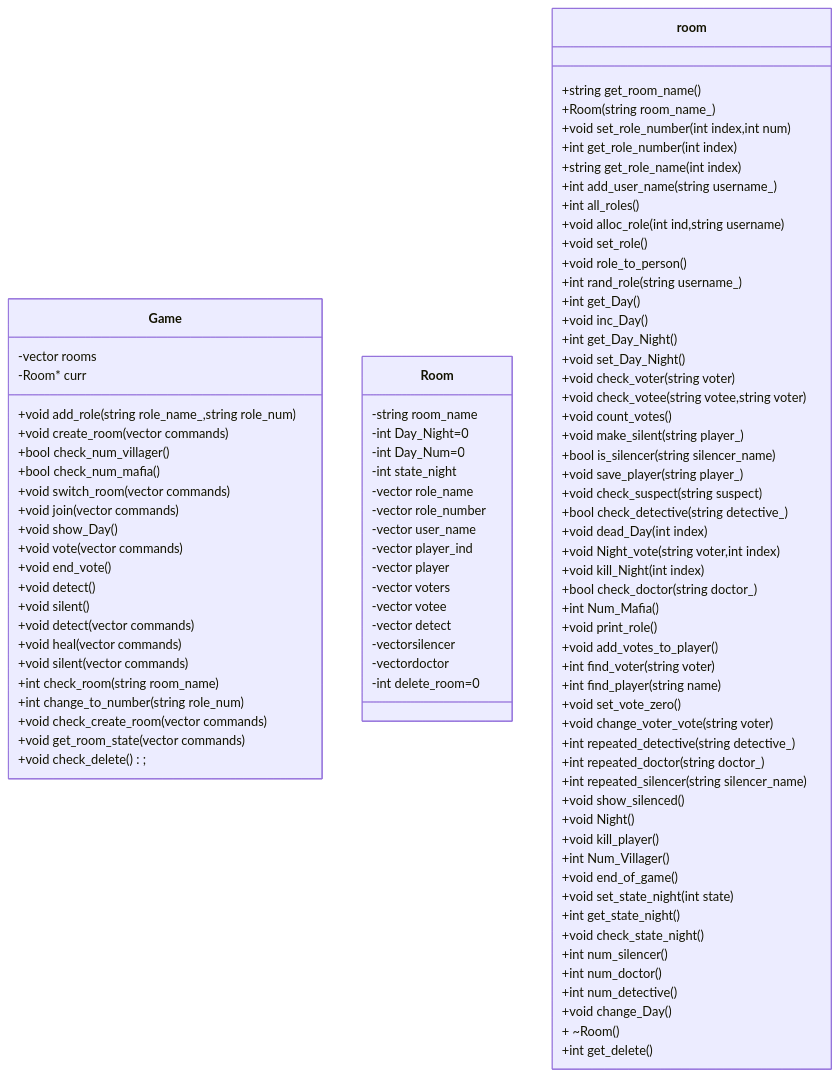
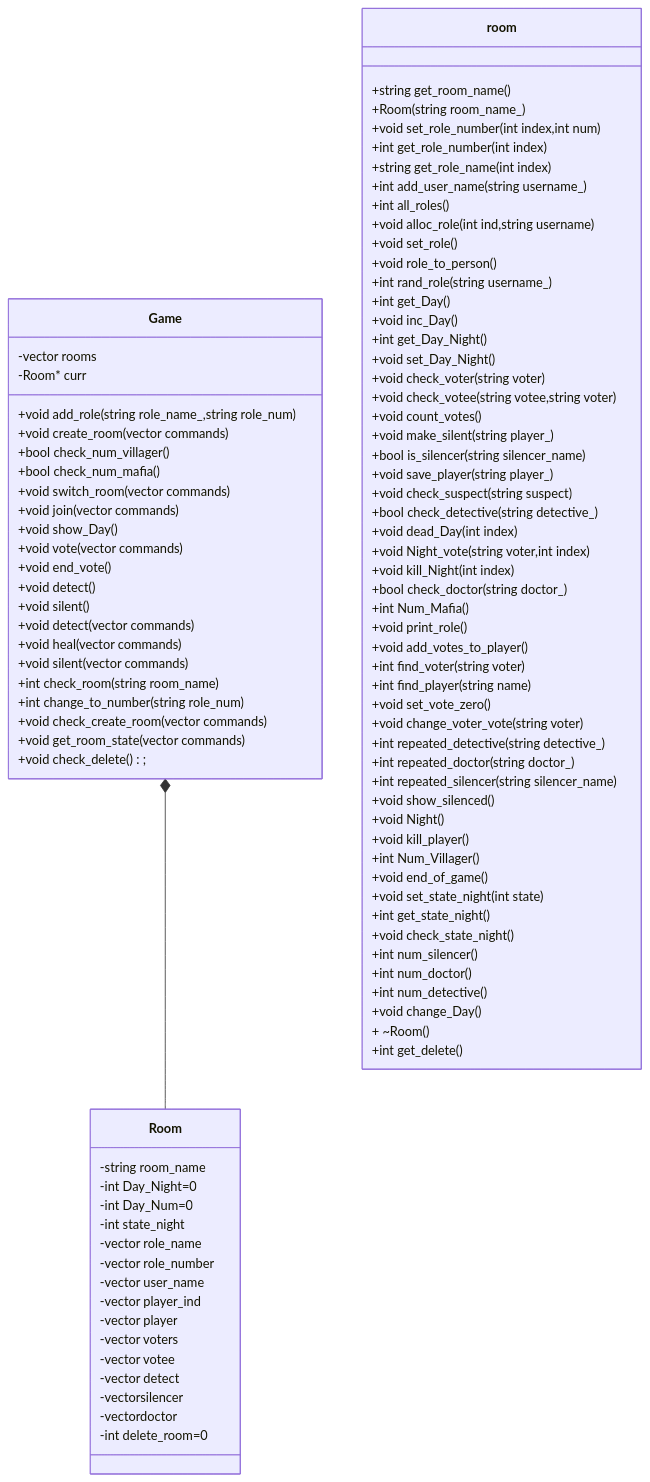
Before and after one commit to NeginAz/mafia_game: the second of 2 diagrams in README.md, drawn with Mermaid.

````diff
--- a/README.md
+++ b/README.md
@@ -46,6 +46,6 @@
 ```mermaid
 classDiagram
-      Game 
+      Game *-- Room
       Room
       Game : -vector <Room*> rooms
       Game : -Room* curr
````
